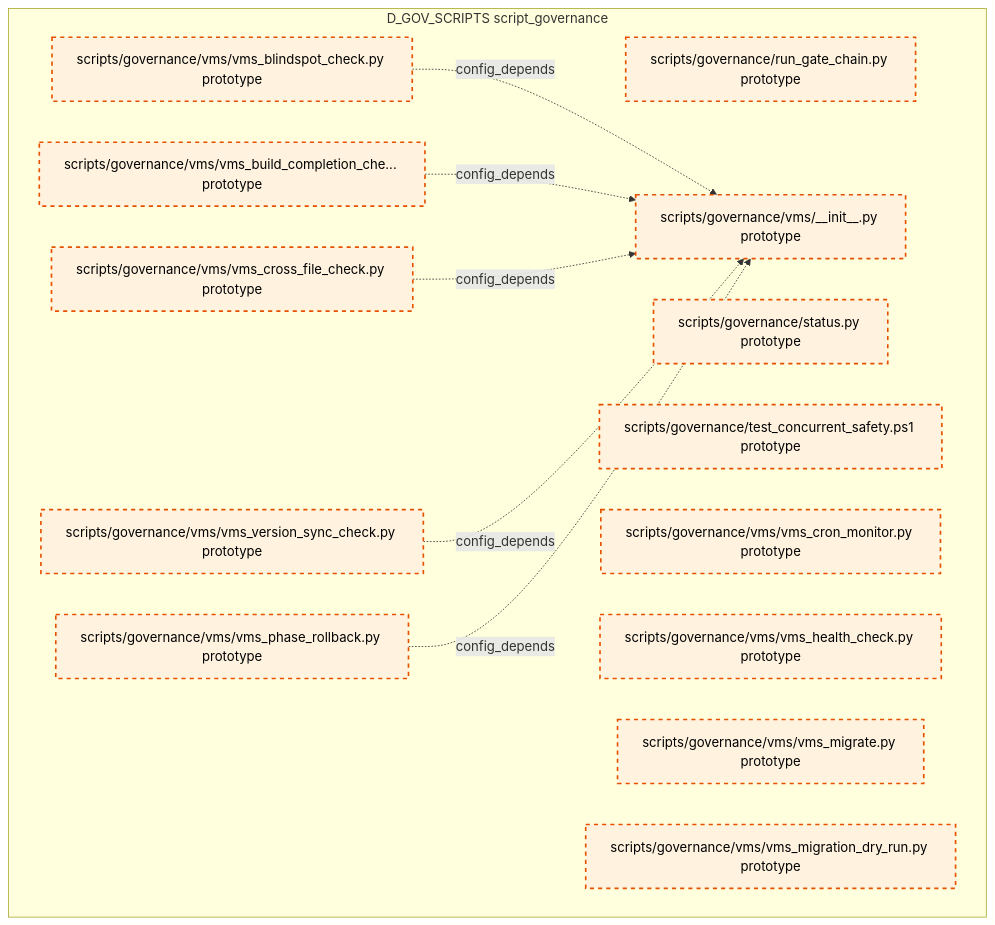
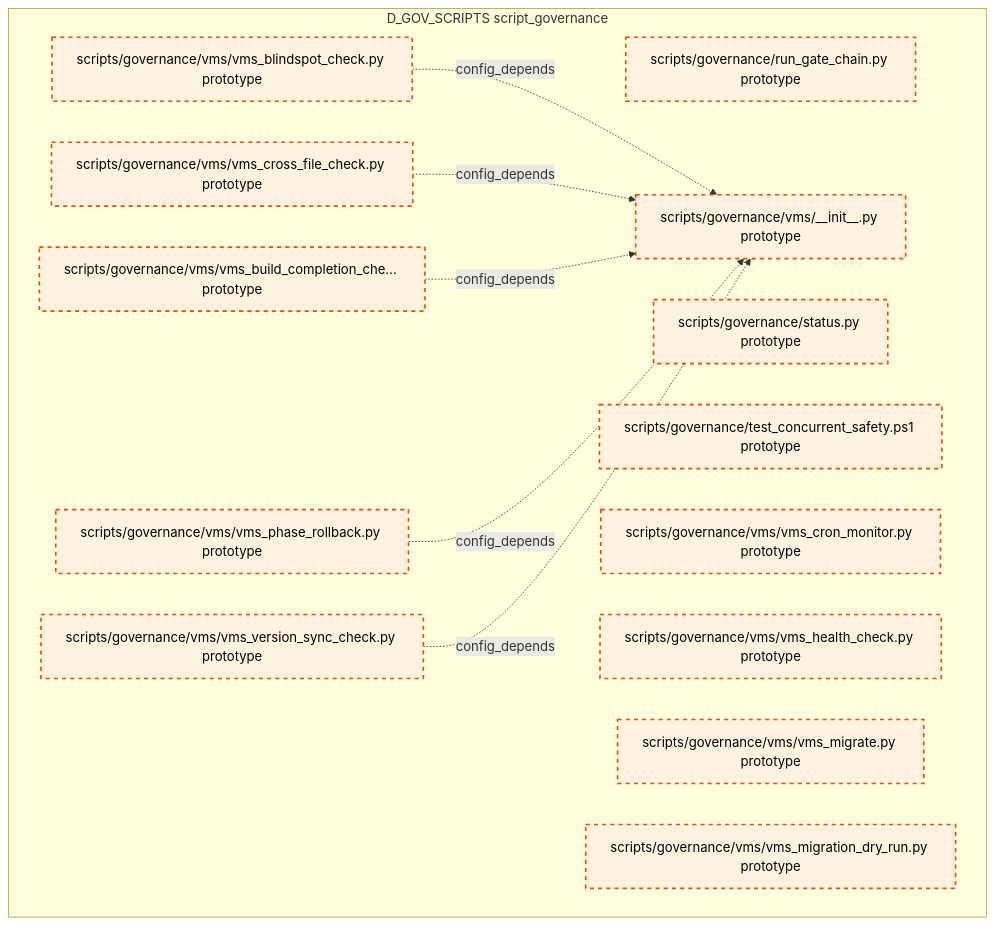
Before and after one commit to xuanFelixVan/ZephyrAlpha: diagram 15 of 15 in docs/02_enterprise_architecture/02_domain_architecture_docs/36_d_gov_scripts.md, drawn with Mermaid. The commit also changed other lines of this file and 99 other files, not shown here.

````diff
--- a/docs/02_enterprise_architecture/02_domain_architecture_docs/36_d_gov_scripts.md
+++ b/docs/02_enterprise_architecture/02_domain_architecture_docs/36_d_gov_scripts.md
@@ -1007,28 +1006,28 @@
 ```mermaid
 graph TD
     subgraph D_GOV_SCRIPTS["D_GOV_SCRIPTS script_governance"]
         scripts_governance_run_gate_chain_py["scripts/governance/run_gate_chain.py prototype"]
         scripts_governance_status_py["scripts/governance/status.py prototype"]
         scripts_governance_test_concurrent_safety_ps1["scripts/governance/test_concurrent_safety.ps1 prototype"]
         scripts_governance_vms_init_py["scripts/governance/vms/__init__.py prototype"]
         scripts_governance_vms_vms_blindspot_check_py["scripts/governance/vms/vms_blindspot_check.py prototype"]
         scripts_governance_vms_vms_build_completion_check_py["scripts/governance/vms/vms_build_completion_che... prototype"]
         scripts_governance_vms_vms_cron_monitor_py["scripts/governance/vms/vms_cron_monitor.py prototype"]
         scripts_governance_vms_vms_cross_file_check_py["scripts/governance/vms/vms_cross_file_check.py prototype"]
         scripts_governance_vms_vms_health_check_py["scripts/governance/vms/vms_health_check.py prototype"]
         scripts_governance_vms_vms_migrate_py["scripts/governance/vms/vms_migrate.py prototype"]
         scripts_governance_vms_vms_migration_dry_run_py["scripts/governance/vms/vms_migration_dry_run.py prototype"]
         scripts_governance_vms_vms_phase_rollback_py["scripts/governance/vms/vms_phase_rollback.py prototype"]
         scripts_governance_vms_vms_version_sync_check_py["scripts/governance/vms/vms_version_sync_check.py prototype"]
     end
     scripts_governance_vms_vms_blindspot_check_py -.->|config_depends| scripts_governance_vms_init_py
+    scripts_governance_vms_vms_cross_file_check_py -.->|config_depends| scripts_governance_vms_init_py
     scripts_governance_vms_vms_build_completion_check_py -.->|config_depends| scripts_governance_vms_init_py
-    scripts_governance_vms_vms_cross_file_check_py -.->|config_depends| scripts_governance_vms_init_py
+    scripts_governance_vms_vms_phase_rollback_py -.->|config_depends| scripts_governance_vms_init_py
     scripts_governance_vms_vms_version_sync_check_py -.->|config_depends| scripts_governance_vms_init_py
-    scripts_governance_vms_vms_phase_rollback_py -.->|config_depends| scripts_governance_vms_init_py
     classDef production fill:#e1f5fe,stroke:#01579b,stroke-width:2px,color:#000
     classDef design fill:#fff3e0,stroke:#e65100,stroke-width:2px,color:#000,stroke-dasharray: 5 5
     classDef external_prod fill:#e8f5e9,stroke:#1b5e20,stroke-width:1px,color:#000
     classDef external_design fill:#fce4ec,stroke:#880e4f,stroke-width:1px,color:#000,stroke-dasharray: 5 5
     class scripts_governance_run_gate_chain_py,scripts_governance_status_py,scripts_governance_test_concurrent_safety_ps1,scripts_governance_vms_init_py,scripts_governance_vms_vms_blindspot_check_py,scripts_governance_vms_vms_build_completion_check_py,scripts_governance_vms_vms_cron_monitor_py,scripts_governance_vms_vms_cross_file_check_py,scripts_governance_vms_vms_health_check_py,scripts_governance_vms_vms_migrate_py,scripts_governance_vms_vms_migration_dry_run_py,scripts_governance_vms_vms_phase_rollback_py,scripts_governance_vms_vms_version_sync_check_py design
 ```
````
